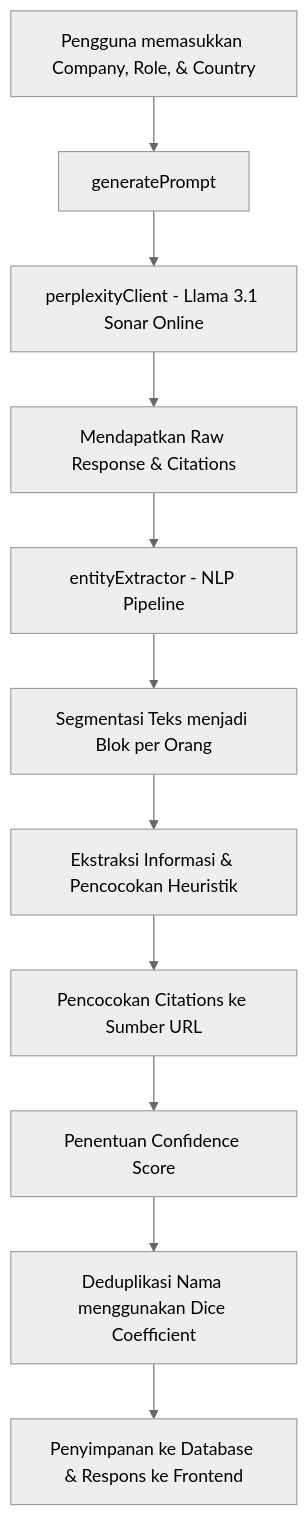
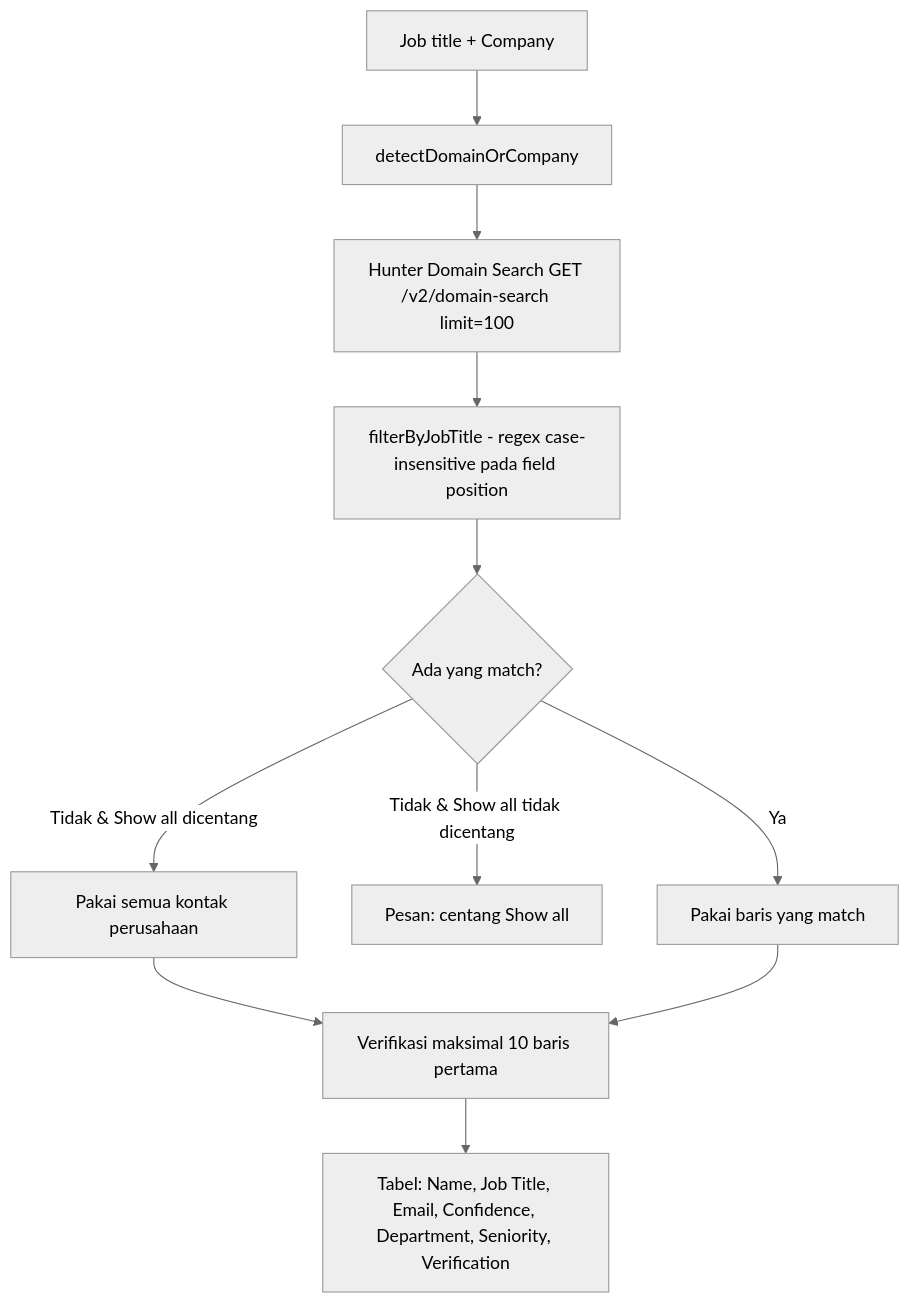
Before and after one commit to rouge-ai-unit/Rouge-Dashboard: the second of 2 diagrams in contactfinder.md, drawn with Mermaid (neutral theme). The commit also changed other lines of this file and 37 other files, not shown here.

````diff
--- a/contactfinder.md
+++ b/contactfinder.md
@@ -10,13 +31,13 @@
 ```mermaid
 graph TD
-    A[Pengguna memasukkan Company, Role, & Country] --> B[generatePrompt]
-    B --> C[perplexityClient - Llama 3.1 Sonar Online]
-    C --> D[Mendapatkan Raw Response & Citations]
-    D --> E[entityExtractor - NLP Pipeline]
-    E --> F[Segmentasi Teks menjadi Blok per Orang]
-    F --> G[Ekstraksi Informasi & Pencocokan Heuristik]
-    G --> H[Pencocokan Citations ke Sumber URL]
-    H --> I[Penentuan Confidence Score]
-    I --> J[Deduplikasi Nama menggunakan Dice Coefficient]
-    J --> K[Penyimpanan ke Database & Respons ke Frontend]
+    A[Job title + Company] --> B[detectDomainOrCompany]
+    B --> C[Hunter Domain Search GET /v2/domain-search limit=100]
+    C --> D[filterByJobTitle - regex case-insensitive pada field position]
+    D --> E{Ada yang match?}
+    E -- Tidak & Show all dicentang --> F[Pakai semua kontak perusahaan]
+    E -- Tidak & Show all tidak dicentang --> G[Pesan: centang Show all]
+    E -- Ya --> H[Pakai baris yang match]
+    F --> I[Verifikasi maksimal 10 baris pertama]
+    H --> I
+    I --> J[Tabel: Name, Job Title, Email, Confidence, Department, Seniority, Verification]
 ```
````
